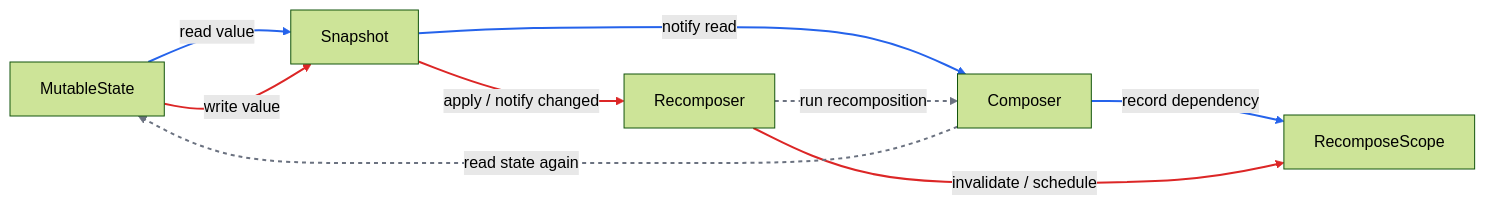
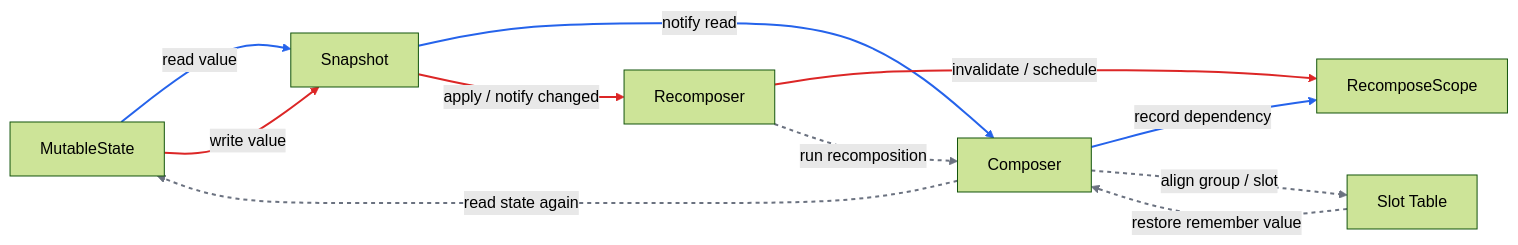
The diagram in docs/snapshot/learn4-snapshot-notes.md (giagor/ComposeLearn), drawn with Mermaid (forest theme) before and after one commit. The commit also changed other lines of this file, not shown here.

````diff
--- a/docs/snapshot/learn4-snapshot-notes.md
+++ b/docs/snapshot/learn4-snapshot-notes.md
@@ -351,30 +340,35 @@
 ```mermaid
 flowchart LR
     State["MutableState"]
     Snapshot["Snapshot"]
     Composer["Composer"]
     Scope["RecomposeScope"]
     Recomposer["Recomposer"]
+    SlotTable["Slot Table"]
 
     State -- "read value" --> Snapshot
     Snapshot -- "notify read" --> Composer
     Composer -- "record dependency" --> Scope
 
     State -- "write value" --> Snapshot
     Snapshot -- "apply / notify changed" --> Recomposer
     Recomposer -- "invalidate / schedule" --> Scope
 
     Recomposer -. "run recomposition" .-> Composer
     Composer -. "read state again" .-> State
+    Composer -. "align group / slot" .-> SlotTable
+    SlotTable -. "restore remember value" .-> Composer
 
     linkStyle 0 stroke:#2563eb,stroke-width:2px
     linkStyle 1 stroke:#2563eb,stroke-width:2px
     linkStyle 2 stroke:#2563eb,stroke-width:2px
 
     linkStyle 3 stroke:#dc2626,stroke-width:2px
     linkStyle 4 stroke:#dc2626,stroke-width:2px
     linkStyle 5 stroke:#dc2626,stroke-width:2px
 
     linkStyle 6 stroke:#6b7280,stroke-width:2px,stroke-dasharray:4 4
     linkStyle 7 stroke:#6b7280,stroke-width:2px,stroke-dasharray:4 4
+    linkStyle 8 stroke:#6b7280,stroke-width:2px,stroke-dasharray:4 4
+    linkStyle 9 stroke:#6b7280,stroke-width:2px,stroke-dasharray:4 4
 ```
````
